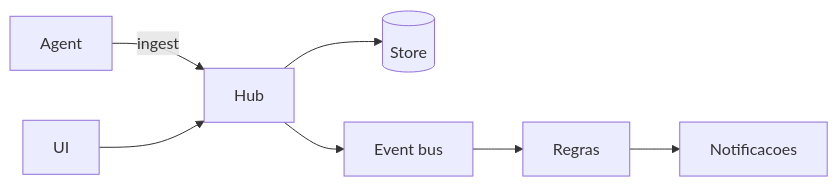
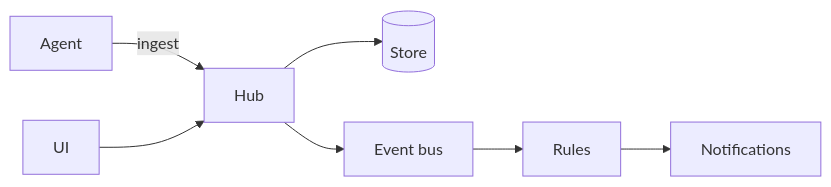
The diagram in README.md (HarryRaddatz/argus-observability), drawn with Mermaid before and after one commit. The commit also changed other lines of this file and 89 other files, not shown here.

````diff
--- a/README.md
+++ b/README.md
@@ -49,9 +51,9 @@
 ```mermaid
 flowchart LR
   Agent[Agent] -->|ingest| Hub[Hub]
   Hub --> Store[(Store)]
   Hub --> Bus[Event bus]
-  Bus --> Rules[Regras]
-  Rules --> Notify[Notificacoes]
+  Bus --> Rules[Rules]
+  Rules --> Notify[Notifications]
   UI[UI] --> Hub
 ```
````
